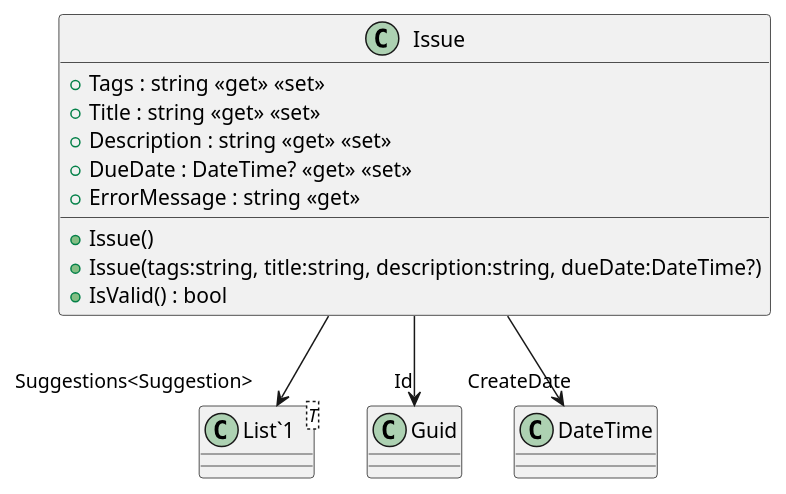
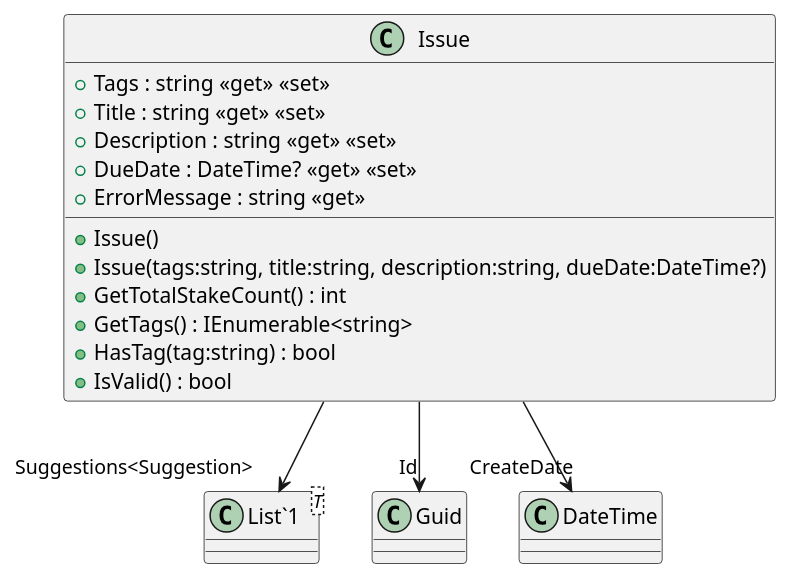
One commit to NeaBouli/TrueRepublic changed the diagram in Frontend/Common/plantuml/Issue.puml. Above: the diagram before and after it, drawn with PlantUML. The commit also changed 12 other files, not shown here.

```diff
--- a/Frontend/Common/plantuml/Issue.puml
+++ b/Frontend/Common/plantuml/Issue.puml
@@ -1,17 +1,20 @@
 @startuml
 class Issue {
     + Issue()
     + Issue(tags:string, title:string, description:string, dueDate:DateTime?)
     + Tags : string <<get>> <<set>>
     + Title : string <<get>> <<set>>
     + Description : string <<get>> <<set>>
     + DueDate : DateTime? <<get>> <<set>>
     + ErrorMessage : string <<get>>
+    + GetTotalStakeCount() : int
+    + GetTags() : IEnumerable<string>
+    + HasTag(tag:string) : bool
     + IsValid() : bool
 }
 class "List`1"<T> {
 }
 Issue --> "Id" Guid
 Issue --> "CreateDate" DateTime
 Issue --> "Suggestions<Suggestion>" "List`1"
 @enduml
```
